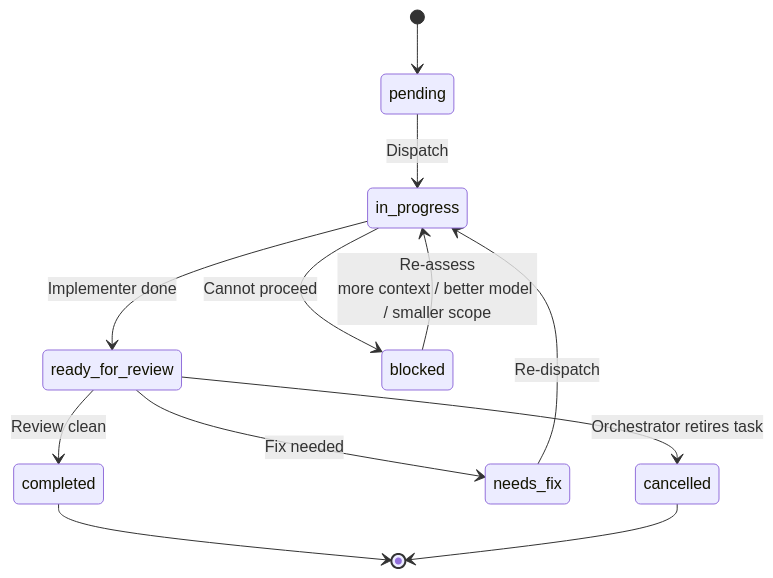
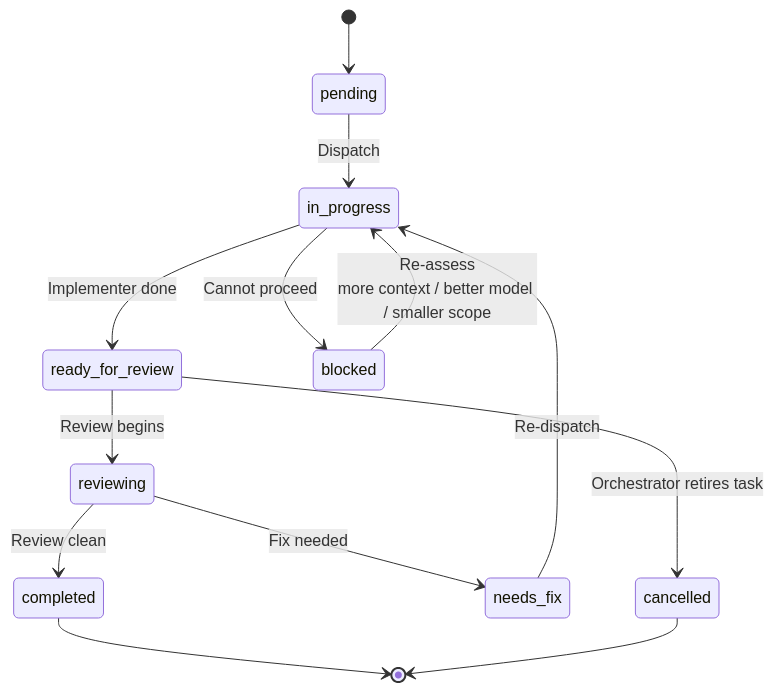
One commit to gugacarbo/agents-skills changed the seventh of 10 diagrams in super-planning/docs/workflows.md. Above: the diagram before and after it, drawn with Mermaid. The commit also changed other lines of this file and 41 other files, not shown here.

````diff
--- a/super-planning/docs/workflows.md
+++ b/super-planning/docs/workflows.md
@@ -178,14 +178,15 @@
 ```mermaid
 stateDiagram-v2
     [*] --> pending
     pending --> in_progress: Dispatch
     in_progress --> ready_for_review: Implementer done
-    ready_for_review --> completed: Review clean
-    ready_for_review --> needs_fix: Fix needed
+    ready_for_review --> reviewing: Review begins
+    reviewing --> completed: Review clean
+    reviewing --> needs_fix: Fix needed
     needs_fix --> in_progress: Re-dispatch
     in_progress --> blocked: Cannot proceed
     blocked --> in_progress: Re-assess<br/>more context / better model / smaller scope
     ready_for_review --> cancelled: Orchestrator retires task
     completed --> [*]
     cancelled --> [*]
 ```
````
